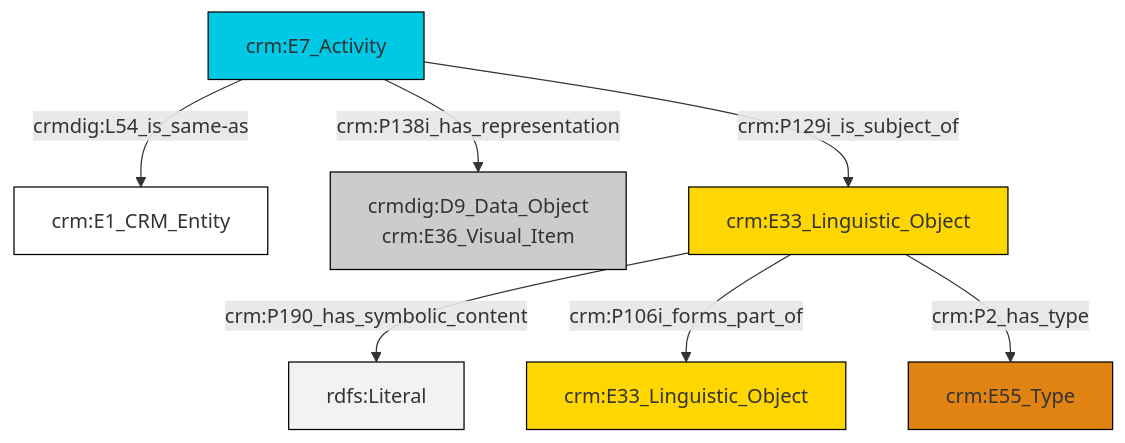
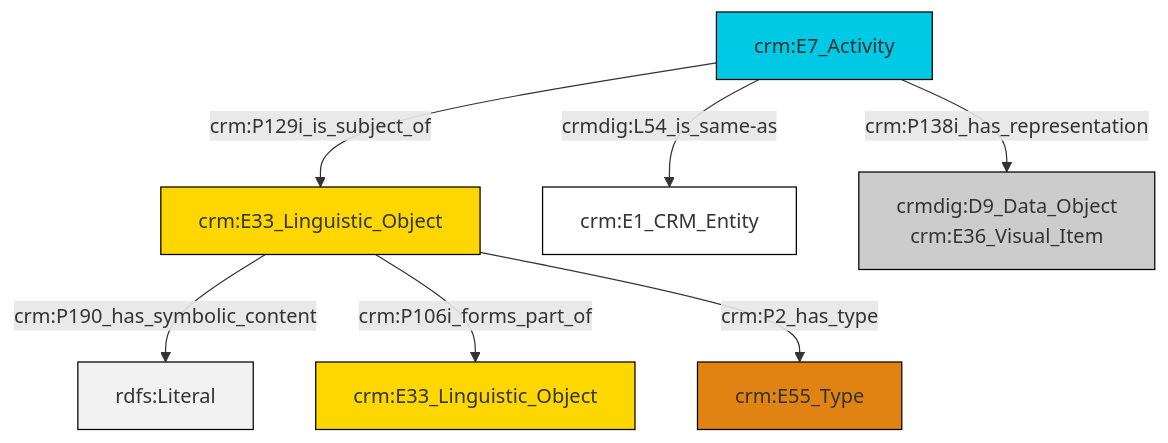
Before and after one commit to swiss-art-research-net/docs.swissartresearch: the diagram in et/eventCSV/ttl/mmd/event_documentation.ttl.mmd, drawn with Mermaid. The commit also changed 205 other files, not shown here.

```diff
--- a/et/eventCSV/ttl/mmd/event_documentation.ttl.mmd
+++ b/et/eventCSV/ttl/mmd/event_documentation.ttl.mmd
@@ -1,21 +1,21 @@
 graph TD
 classDef Literal fill:#f2f2f2,stroke:#000000;
 classDef CRM_Entity fill:#FFFFFF,stroke:#000000;
 classDef Temporal_Entity fill:#00C9E6, stroke:#000000;
 classDef Type fill:#E18312, stroke:#000000;
 classDef Time-Span fill:#2C9C91, stroke:#000000;
 classDef Appellation fill:#FFEB7F, stroke:#000000;
 classDef Place fill:#008836, stroke:#000000;
 classDef Persistent_Item fill:#B266B2, stroke:#000000;
 classDef Conceptual_Object fill:#FFD700, stroke:#000000;
 classDef Physical_Thing fill:#D2B48C, stroke:#000000;
 classDef Actor fill:#f58aad, stroke:#000000;
 classDef PC_Classes fill:#4ce600, stroke:#000000;
 classDef Multi fill:#cccccc,stroke:#000000;
 
-0["crm:E7_Activity"]:::Temporal_Entity -->|crmdig:L54_is_same-as| 2["crm:E1_CRM_Entity"]:::CRM_Entity
-0["crm:E7_Activity"]:::Temporal_Entity -->|crm:P138i_has_representation| 3["crmdig:D9_Data_Object<br>crm:E36_Visual_Item"]:::Multi
-4["crm:E33_Linguistic_Object"]:::Conceptual_Object -->|crm:P190_has_symbolic_content| 5[rdfs:Literal]:::Literal
-0["crm:E7_Activity"]:::Temporal_Entity -->|crm:P129i_is_subject_of| 4["crm:E33_Linguistic_Object"]:::Conceptual_Object
-4["crm:E33_Linguistic_Object"]:::Conceptual_Object -->|crm:P106i_forms_part_of| 7["crm:E33_Linguistic_Object"]:::Conceptual_Object
-4["crm:E33_Linguistic_Object"]:::Conceptual_Object -->|crm:P2_has_type| 10["crm:E55_Type"]:::Type
+0["crm:E33_Linguistic_Object"]:::Conceptual_Object -->|crm:P190_has_symbolic_content| 1[rdfs:Literal]:::Literal
+10["crm:E7_Activity"]:::Temporal_Entity -->|crm:P138i_has_representation| 4["crmdig:D9_Data_Object<br>crm:E36_Visual_Item"]:::Multi
+0["crm:E33_Linguistic_Object"]:::Conceptual_Object -->|crm:P106i_forms_part_of| 12["crm:E33_Linguistic_Object"]:::Conceptual_Object
+10["crm:E7_Activity"]:::Temporal_Entity -->|crmdig:L54_is_same-as| 2["crm:E1_CRM_Entity"]:::CRM_Entity
+0["crm:E33_Linguistic_Object"]:::Conceptual_Object -->|crm:P2_has_type| 6["crm:E55_Type"]:::Type
+10["crm:E7_Activity"]:::Temporal_Entity -->|crm:P129i_is_subject_of| 0["crm:E33_Linguistic_Object"]:::Conceptual_Object
```
